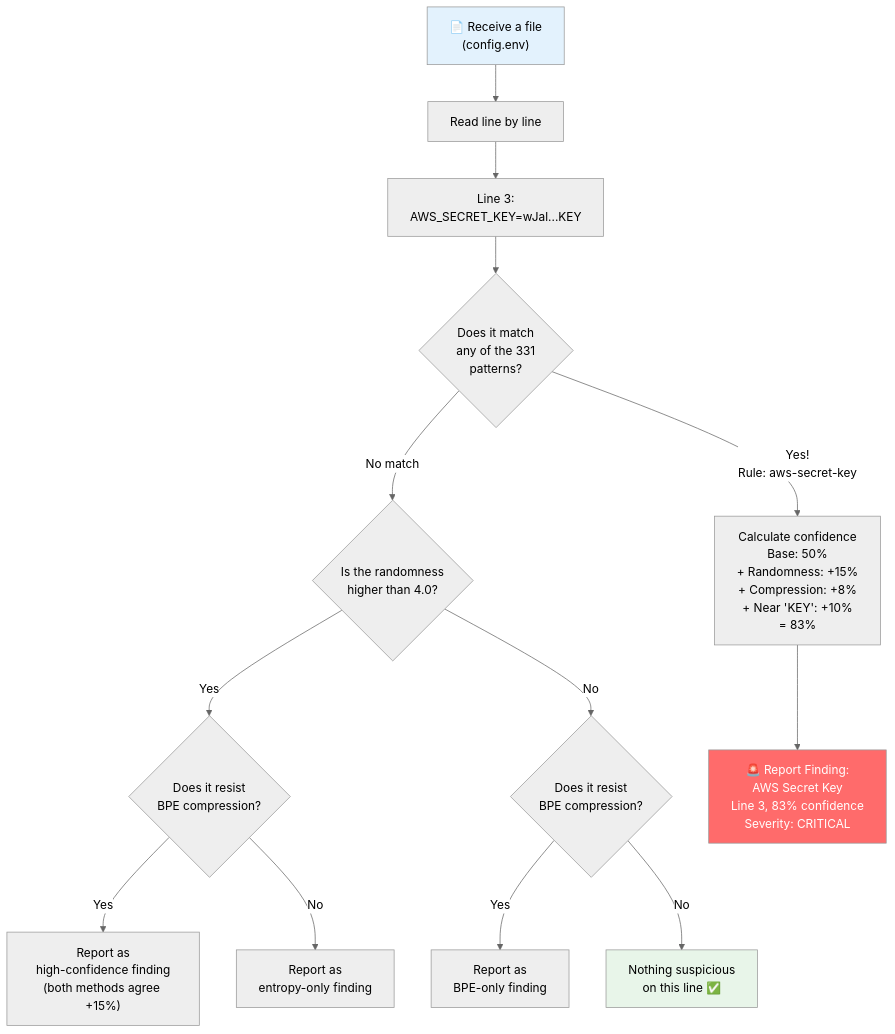
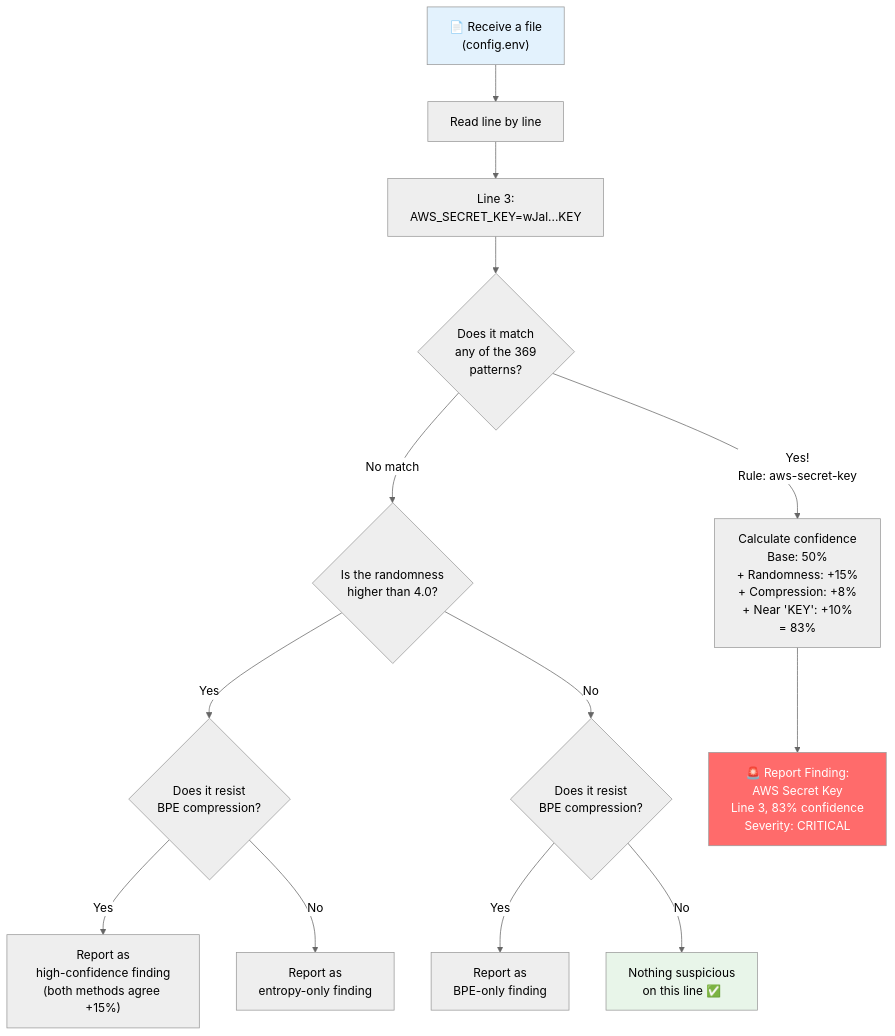
One commit to svemulapati/CredVigil changed the eighth of 22 diagrams in docs/training/00-System-Design-Simple-Overview.md. Above: the diagram before and after it, drawn with Mermaid (neutral theme). The commit also changed other lines of this file and 20 other files, not shown here.

````diff
--- a/docs/training/00-System-Design-Simple-Overview.md
+++ b/docs/training/00-System-Design-Simple-Overview.md
@@ -223,19 +223,19 @@
 ```mermaid
 flowchart TB
     START["📄 Receive a file\n(config.env)"] --> READ["Read line by line"]
     READ --> LINE["Line 3:\nAWS_SECRET_KEY=wJal...KEY"]
-    LINE --> REGEX{"Does it match\nany of the 331\npatterns?"}
+    LINE --> REGEX{"Does it match\nany of the 369\npatterns?"}
     REGEX -->|"Yes!\nRule: aws-secret-key"| SCORE["Calculate confidence\nBase: 50%\n+ Randomness: +15%\n+ Compression: +8%\n+ Near 'KEY': +10%\n= 83%"]
     REGEX -->|"No match"| ENTROPY{"Is the randomness\nhigher than 4.0?"}
     ENTROPY -->|"Yes"| BPE{"Does it resist\nBPE compression?"}
     ENTROPY -->|"No"| BPE2{"Does it resist\nBPE compression?"}
     BPE -->|"Yes"| SCORE2["Report as\nhigh-confidence finding\n(both methods agree +15%)"]
     BPE -->|"No"| SCORE3["Report as\nentropy-only finding"]
     BPE2 -->|"Yes"| SCORE4["Report as\nBPE-only finding"]
     BPE2 -->|"No"| CLEAN["Nothing suspicious\non this line ✅"]
     SCORE --> REPORT["🚨 Report Finding:\nAWS Secret Key\nLine 3, 83% confidence\nSeverity: CRITICAL"]
 
     style START fill:#e3f2fd
     style REPORT fill:#ff6b6b,color:white
     style CLEAN fill:#e8f5e9
 ```
````
